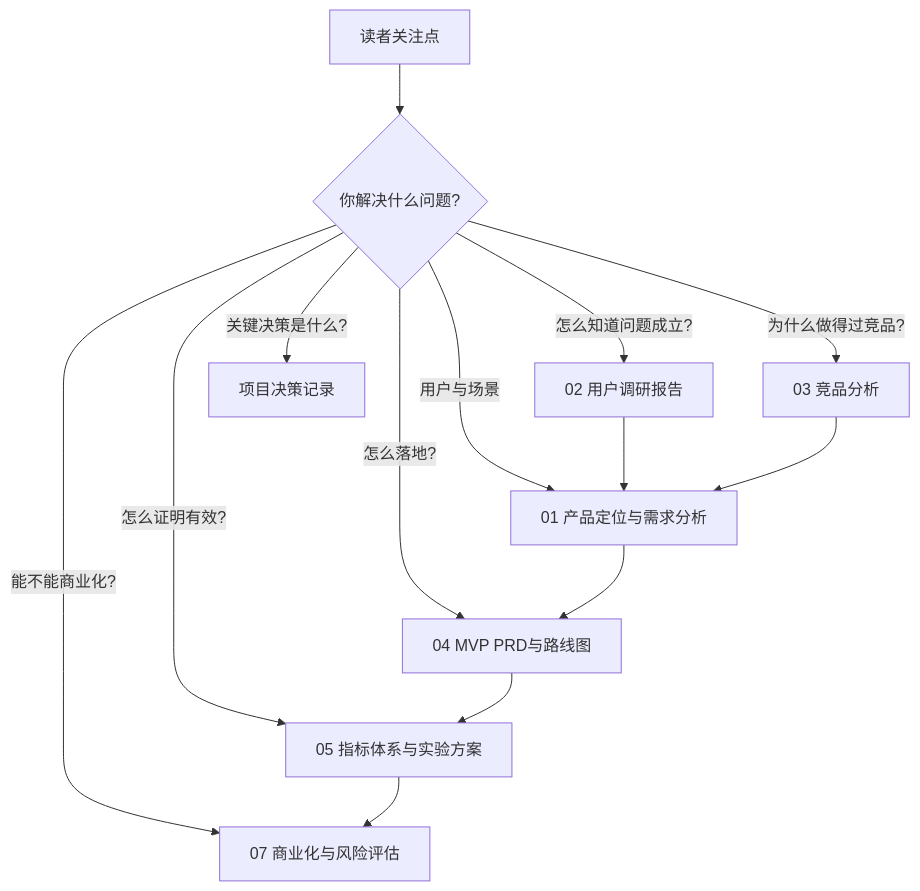
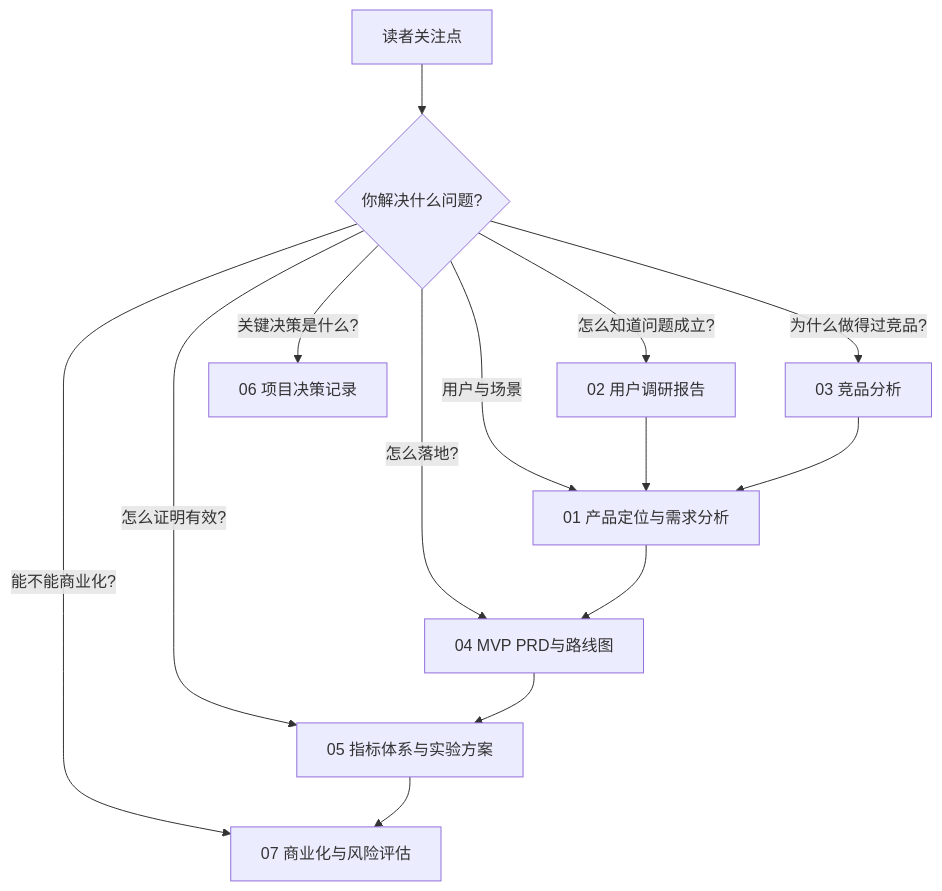
The second of 2 diagrams in docs/product-manager/00_事实基线与作品集说明.md (yemuxue/code-review-agent), drawn with Mermaid before and after one commit. The commit also changed 2 other files, not shown here.

Commit message:
docs: 补充公开项目决策记录

````diff
--- a/docs/product-manager/00_事实基线与作品集说明.md
+++ b/docs/product-manager/00_事实基线与作品集说明.md
@@ -52,16 +52,16 @@
 ```mermaid
 flowchart TD
     S[读者关注点] --> Q1{你解决什么问题?}
     Q1 -->|用户与场景| P1[01 产品定位与需求分析]
     Q1 -->|怎么知道问题成立?| P2[02 用户调研报告]
     Q1 -->|为什么做得过竞品?| P3[03 竞品分析]
     Q1 -->|怎么落地?| P4[04 MVP PRD与路线图]
     Q1 -->|怎么证明有效?| P5[05 指标体系与实验方案]
     Q1 -->|能不能商业化?| P6[07 商业化与风险评估]
-    Q1 -->|关键决策是什么?| P7[项目决策记录]
+    Q1 -->|关键决策是什么?| P7[06 项目决策记录]
     P1 --> P4
     P2 --> P1
     P3 --> P1
     P4 --> P5
     P5 --> P6
 ```
````
